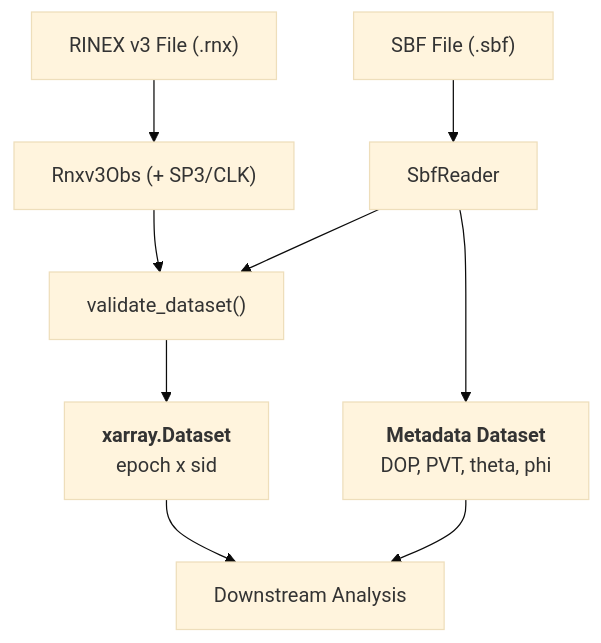
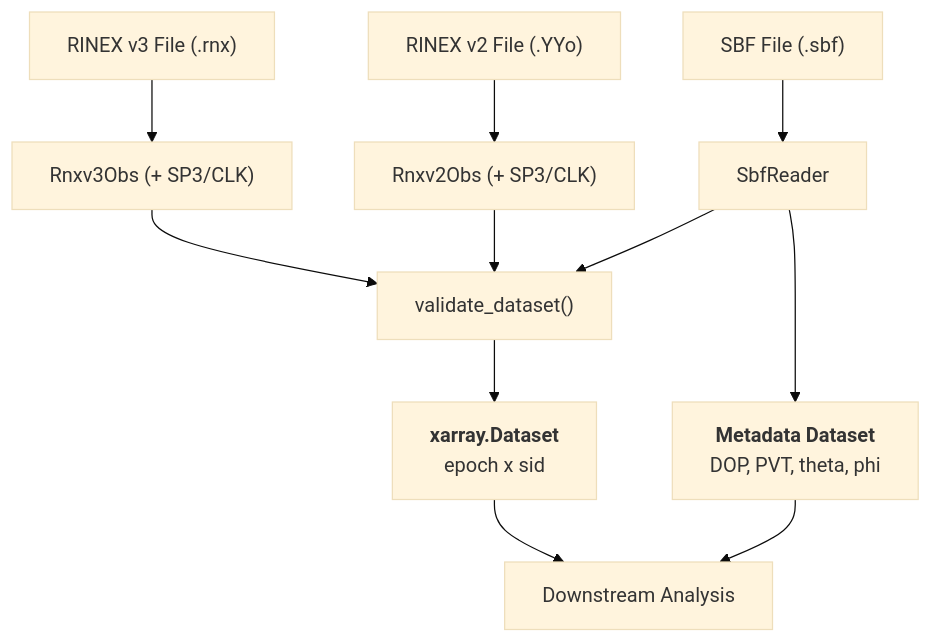
One commit to nfb2021/canvodpy changed the diagram in docs/packages/readers/overview.md. Above: the diagram before and after it, drawn with Mermaid (base theme). The commit also changed other lines of this file and 6 other files, not shown here.

````diff
--- a/docs/packages/readers/overview.md
+++ b/docs/packages/readers/overview.md
@@ -73,13 +85,15 @@
 ```mermaid
 graph TD
     A1["RINEX v3 File (.rnx)"] --> B1["Rnxv3Obs (+ SP3/CLK)"]
     A2["SBF File (.sbf)"] --> B2["SbfReader"]
+    A3["RINEX v2 File (.YYo)"] --> B3["Rnxv2Obs (+ SP3/CLK)"]
     B1 --> C["validate_dataset()"]
+    B3 --> C
     B2 --> C
     C --> D["`**xarray.Dataset**
     epoch x sid`"]
     B2 --> E["`**Metadata Dataset**
     DOP, PVT, theta, phi`"]
     D --> F["Downstream Analysis"]
     E --> F
 ```
````
